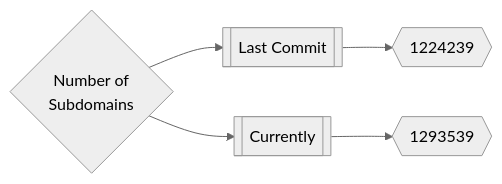
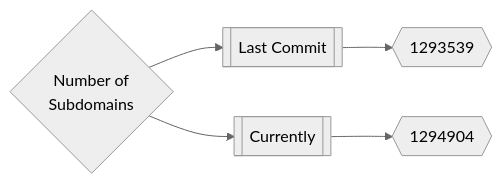
The first of 3 diagrams in README.md (trickest/inventory), drawn with Mermaid (neutral theme) before and after one commit. The commit also changed other lines of this file, not shown here.

Commit message:
Update Mon Apr  4 19:17:03 UTC 2022

````diff
--- a/README.md
+++ b/README.md
@@ -165,5 +165,5 @@
 ```mermaid
 graph LR
-title{Number of<br>Subdomains} --> subdomainsDate1[[Last Commit]] --> subdomainsNum1{{1224239}}
-title --> subdomainsDate2[[Currently]] --> subdomainsNum2{{1293539}}
+title{Number of<br>Subdomains} --> subdomainsDate1[[Last Commit]] --> subdomainsNum1{{1293539}}
+title --> subdomainsDate2[[Currently]] --> subdomainsNum2{{1294904}}
 ```
````
